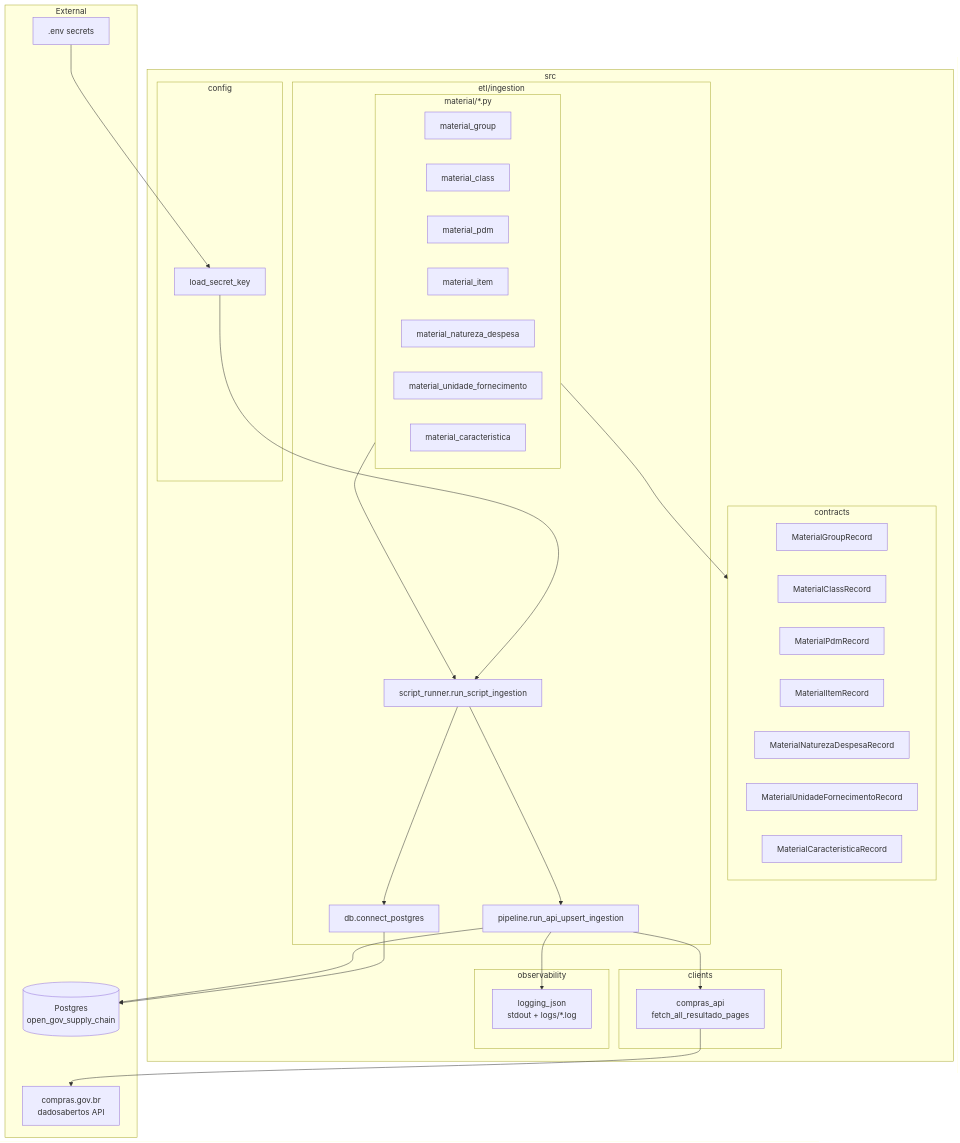
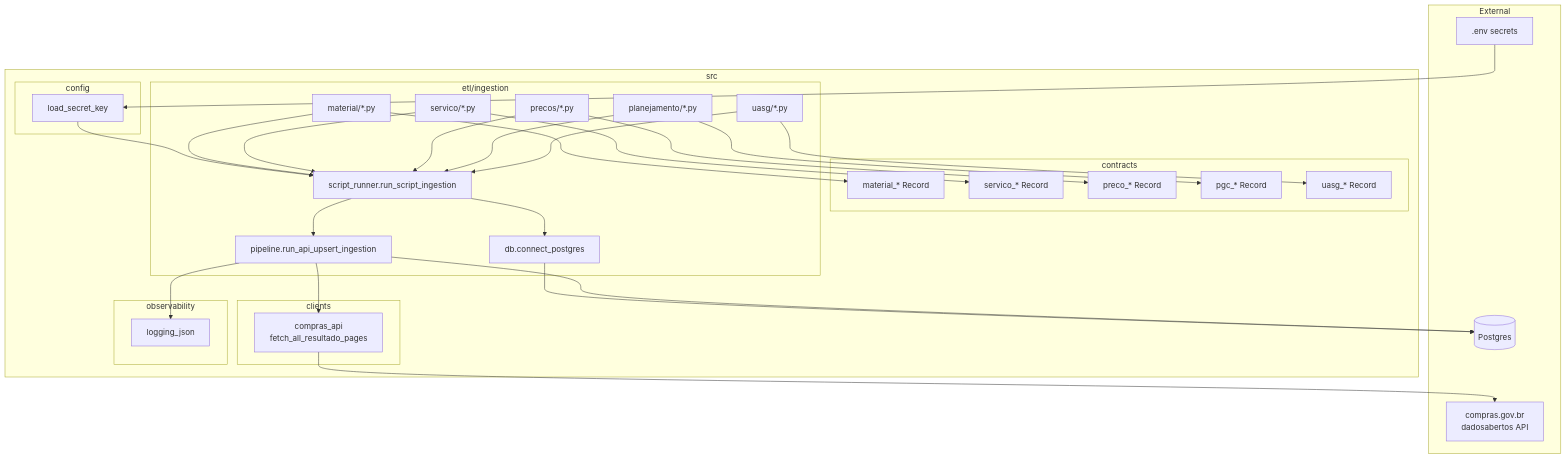
Before and after one commit to mpraes/open-gov-supply-chain-data: the first of 7 diagrams in docs/architecture.md, drawn with Mermaid. The commit also changed other lines of this file and 115 other files, not shown here.

First line of the commit message:
Expande a ingestão além do CATMAT para CATSER, preços, PGC e UASG, com carga paginada e cursor de retomada.

````diff
--- a/docs/architecture.md
+++ b/docs/architecture.md
@@ -8,60 +9,61 @@
 ```mermaid
 flowchart TB
   subgraph External
     API["compras.gov.br<br/>dadosabertos API"]
     ENV[".env secrets"]
-    PG[(Postgres<br/>open_gov_supply_chain)]
+    PG[(Postgres)]
   end
 
   subgraph src
     subgraph config
       SK["load_secret_key"]
     end
 
     subgraph clients
       CA["compras_api<br/>fetch_all_resultado_pages"]
     end
 
     subgraph contracts
-      C1["MaterialGroupRecord"]
-      C2["MaterialClassRecord"]
-      C3["MaterialPdmRecord"]
-      C4["MaterialItemRecord"]
-      C5["MaterialNaturezaDespesaRecord"]
-      C6["MaterialUnidadeFornecimentoRecord"]
-      C7["MaterialCaracteristicaRecord"]
+      CM["material_* Record"]
+      CS["servico_* Record"]
+      CP["preco_* Record"]
+      CG["pgc_* Record"]
+      CU["uasg_* Record"]
     end
 
     subgraph ingestion["etl/ingestion"]
       DB["db.connect_postgres"]
       PIPE["pipeline.run_api_upsert_ingestion"]
       RUN["script_runner.run_script_ingestion"]
-
-      subgraph material["material/*.py"]
-        E1["material_group"]
-        E2["material_class"]
-        E3["material_pdm"]
-        E4["material_item"]
-        E5["material_natureza_despesa"]
-        E6["material_unidade_fornecimento"]
-        E7["material_caracteristica"]
-      end
+      MAT["material/*.py"]
+      SER["servico/*.py"]
+      PRE["precos/*.py"]
+      PGC["planejamento/*.py"]
+      UASG["uasg/*.py"]
     end
 
     subgraph observability
-      LOG["logging_json<br/>stdout + logs/*.log"]
+      LOG["logging_json"]
     end
   end
 
   ENV --> SK
   SK --> RUN
-  material --> RUN
+  MAT --> RUN
+  SER --> RUN
+  PRE --> RUN
+  PGC --> RUN
+  UASG --> RUN
   RUN --> DB
   RUN --> PIPE
   PIPE --> CA
   CA --> API
-  material --> contracts
+  MAT --> CM
+  SER --> CS
+  PRE --> CP
+  PGC --> CG
+  UASG --> CU
   PIPE --> LOG
   DB --> PG
   PIPE --> PG
 ```
````
